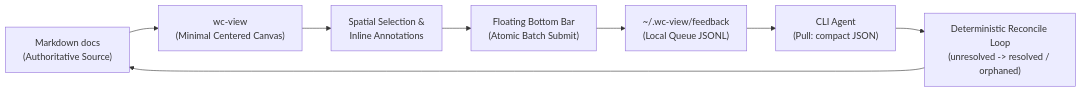
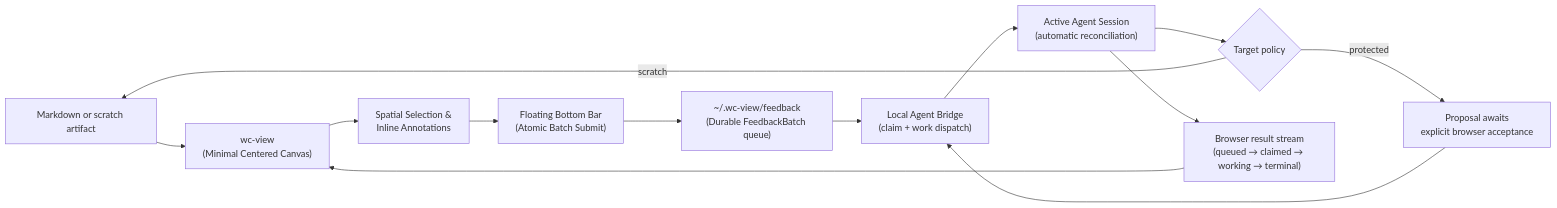
Before and after one commit to astrojose/wc-view: the diagram in docs/design/architecture/wc-view-system-flow.md, drawn with Mermaid. The commit also changed other lines of this file and 23 other files, not shown here.

````diff
--- a/docs/design/architecture/wc-view-system-flow.md
+++ b/docs/design/architecture/wc-view-system-flow.md
@@ -10,10 +10,15 @@
 ```mermaid
 flowchart LR
-  M["Markdown docs\n(Authoritative Source)"] --> V["wc-view\n(Minimal Centered Canvas)"]
+  M["Markdown or scratch artifact"] --> V["wc-view\n(Minimal Centered Canvas)"]
   V --> S["Spatial Selection &\nInline Annotations"]
   S --> B["Floating Bottom Bar\n(Atomic Batch Submit)"]
-  B --> Q["~/.wc-view/feedback\n(Local Queue JSONL)"]
-  Q --> A["CLI Agent\n(Pull: compact JSON)"]
-  A --> R["Deterministic Reconcile Loop\n(unresolved -> resolved / orphaned)"]
-  R --> M
+  B --> Q["~/.wc-view/feedback\n(Durable FeedbackBatch queue)"]
+  Q --> G["Local Agent Bridge\n(claim + work dispatch)"]
+  G --> A["Active Agent Session\n(automatic reconciliation)"]
+  A --> X{"Target policy"}
+  X -->|scratch| M
+  X -->|protected| P["Proposal awaits\nexplicit browser acceptance"]
+  P --> G
+  A --> R["Browser result stream\n(queued → claimed → working → terminal)"]
+  R --> V
 ```
````
